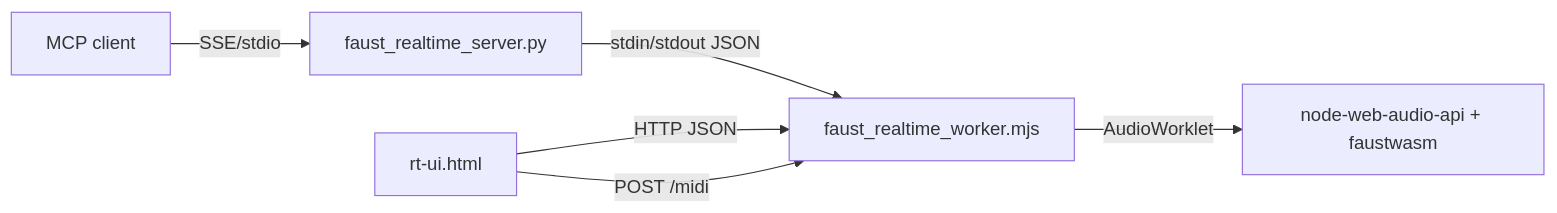
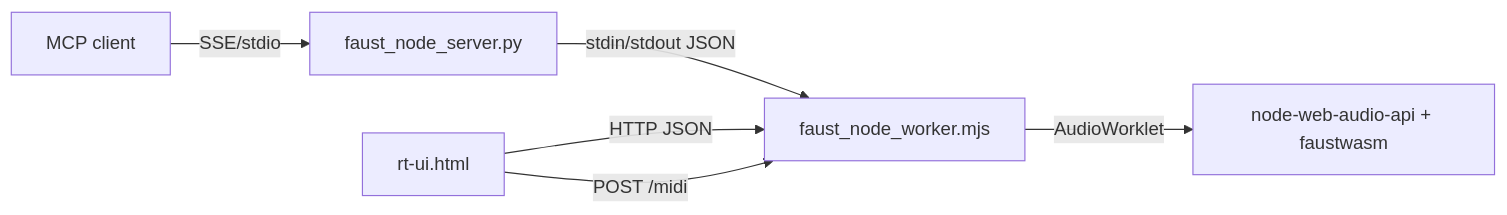
Before and after one commit to sletz/faust-mcp: the diagram in plan-poly-midi-rt-ui.md, drawn with Mermaid. The commit also changed other lines of this file and 14 other files, not shown here.

````diff
--- a/plan-poly-midi-rt-ui.md
+++ b/plan-poly-midi-rt-ui.md
@@ -37,8 +37,8 @@
 ```mermaid
 flowchart LR
-  Client[MCP client] -->|SSE/stdio| Server[faust_realtime_server.py]
-  Server -->|stdin/stdout JSON| Worker[faust_realtime_worker.mjs]
+  Client[MCP client] -->|SSE/stdio| Server[faust_node_server.py]
+  Server -->|stdin/stdout JSON| Worker[faust_node_worker.mjs]
   Worker -->|AudioWorklet| WebAudio[node-web-audio-api + faustwasm]
   UI[rt-ui.html] -->|HTTP JSON| Worker
   UI -->|POST /midi| Worker
 ```
````
